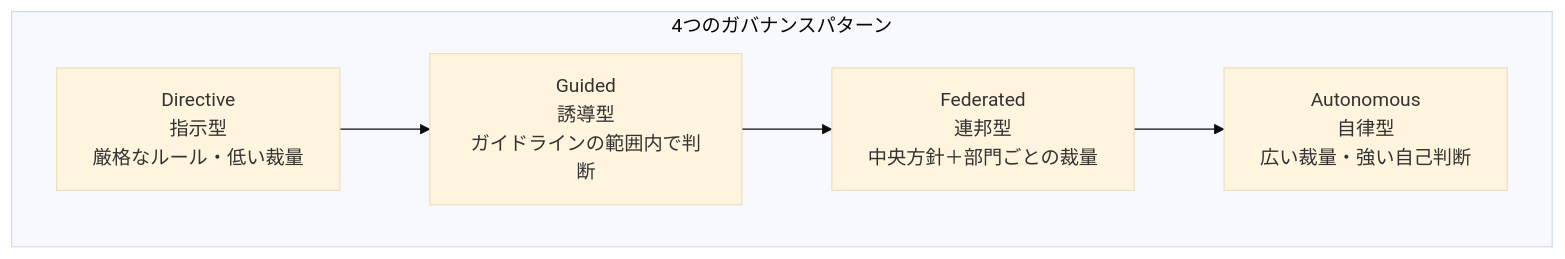
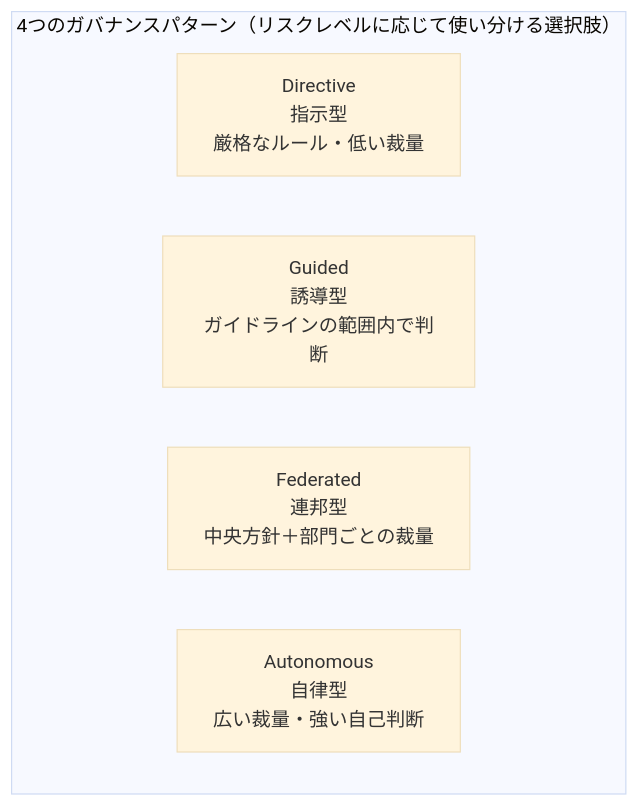
One commit to myoshi2891/Comparison-of-LLMs changed the fourth of 14 diagrams in Itil-ai-governance-v5-study-guide.md. Above: the diagram before and after it, drawn with Mermaid (base theme). The commit also changed 1 other file, not shown here.

Commit message:
docs(guides): refine quantization nuances and ITIL governance pattern descriptions

````diff
--- a/Itil-ai-governance-v5-study-guide.md
+++ b/Itil-ai-governance-v5-study-guide.md
@@ -162,11 +162,9 @@
 ```mermaid
 flowchart TB
-    subgraph patterns["4つのガバナンスパターン"]
+    subgraph patterns["4つのガバナンスパターン（リスクレベルに応じて使い分ける選択肢）"]
         D1["Directive<br/>指示型<br/>厳格なルール・低い裁量"]
         D2["Guided<br/>誘導型<br/>ガイドラインの範囲内で判断"]
         D3["Federated<br/>連邦型<br/>中央方針＋部門ごとの裁量"]
         D4["Autonomous<br/>自律型<br/>広い裁量・強い自己判断"]
     end
-
-    D1 --> D2 --> D3 --> D4
 ```
````
